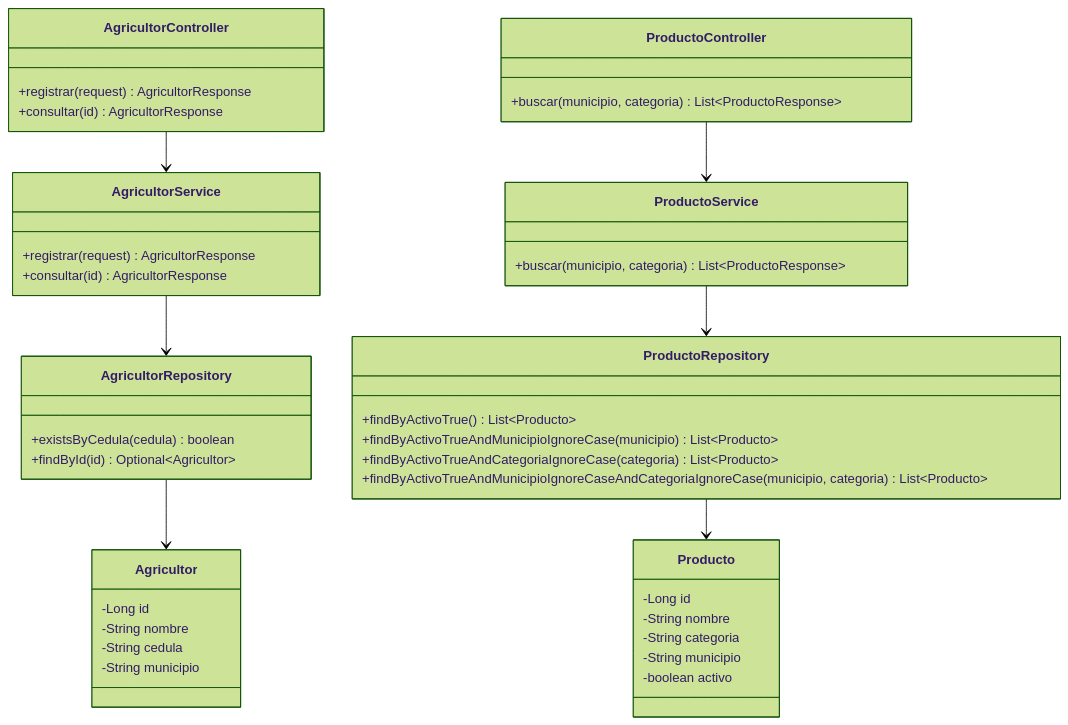
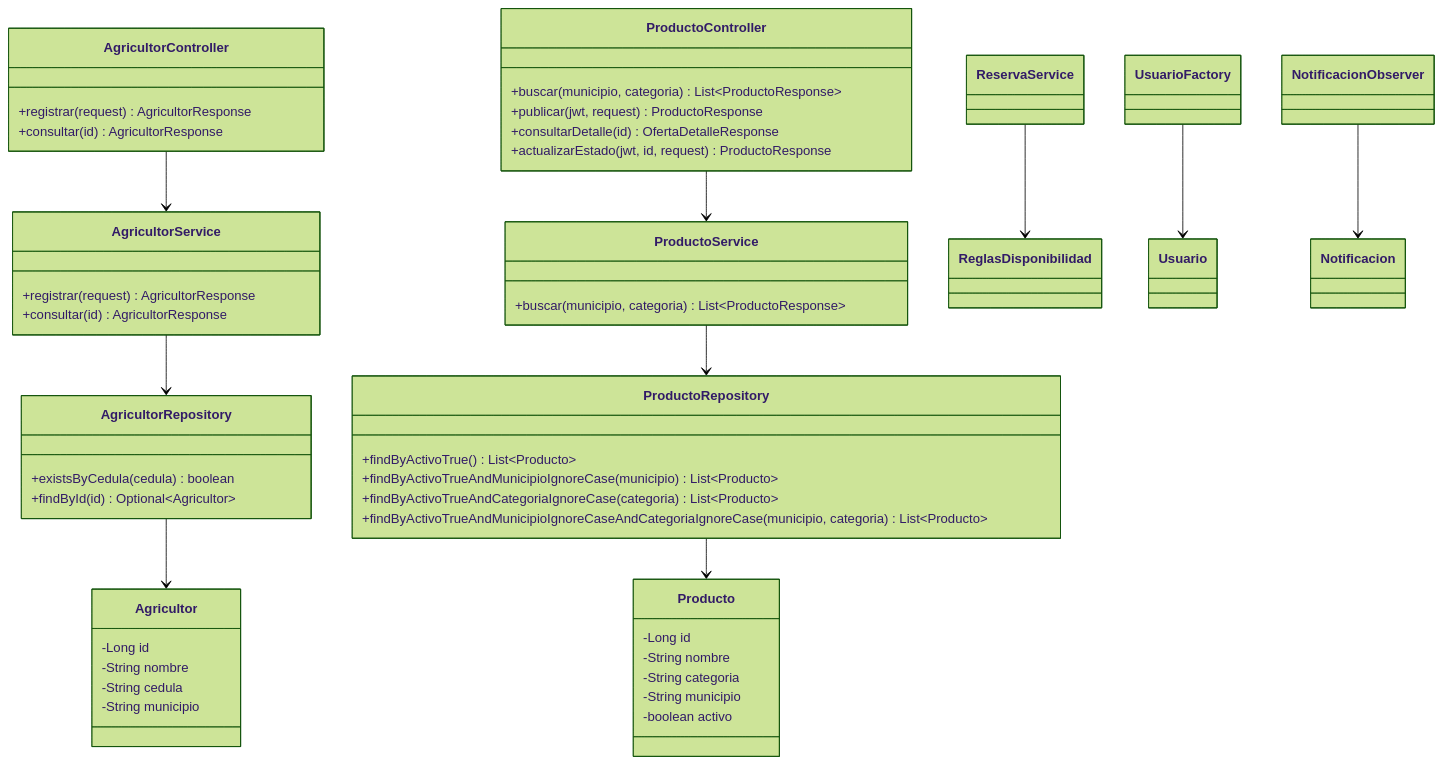
One commit to santixit/agrovalle-connect changed the third of 8 diagrams in docs/uml/README.md. Above: the diagram before and after it, drawn with Mermaid (forest theme). The commit also changed other lines of this file and 6 other files, not shown here.

````diff
--- a/docs/uml/README.md
+++ b/docs/uml/README.md
@@ -37,46 +52,56 @@
 ```mermaid
 classDiagram
   class AgricultorController {
     +registrar(request) AgricultorResponse
     +consultar(id) AgricultorResponse
   }
   class ProductoController {
     +buscar(municipio, categoria) List~ProductoResponse~
+    +publicar(jwt, request) ProductoResponse
+    +consultarDetalle(id) OfertaDetalleResponse
+    +actualizarEstado(jwt, id, request) ProductoResponse
   }
   class AgricultorService {
     +registrar(request) AgricultorResponse
     +consultar(id) AgricultorResponse
   }
   class ProductoService {
     +buscar(municipio, categoria) List~ProductoResponse~
   }
   class AgricultorRepository {
     +existsByCedula(cedula) boolean
     +findById(id) Optional~Agricultor~
   }
   class ProductoRepository {
     +findByActivoTrue() List~Producto~
     +findByActivoTrueAndMunicipioIgnoreCase(municipio) List~Producto~
     +findByActivoTrueAndCategoriaIgnoreCase(categoria) List~Producto~
     +findByActivoTrueAndMunicipioIgnoreCaseAndCategoriaIgnoreCase(municipio, categoria) List~Producto~
   }
   class Agricultor {
     -Long id
     -String nombre
     -String cedula
     -String municipio
   }
   class Producto {
     -Long id
     -String nombre
     -String categoria
     -String municipio
     -boolean activo
   }
   AgricultorController --> AgricultorService
   AgricultorService --> AgricultorRepository
   AgricultorRepository --> Agricultor
   ProductoController --> ProductoService
   ProductoService --> ProductoRepository
   ProductoRepository --> Producto
+  class UsuarioFactory
+  class NotificacionObserver
+  class ReglasDisponibilidad
+  class ReservaService
+  UsuarioFactory --> Usuario
+  ReservaService --> ReglasDisponibilidad
+  NotificacionObserver --> Notificacion
 ```
````
